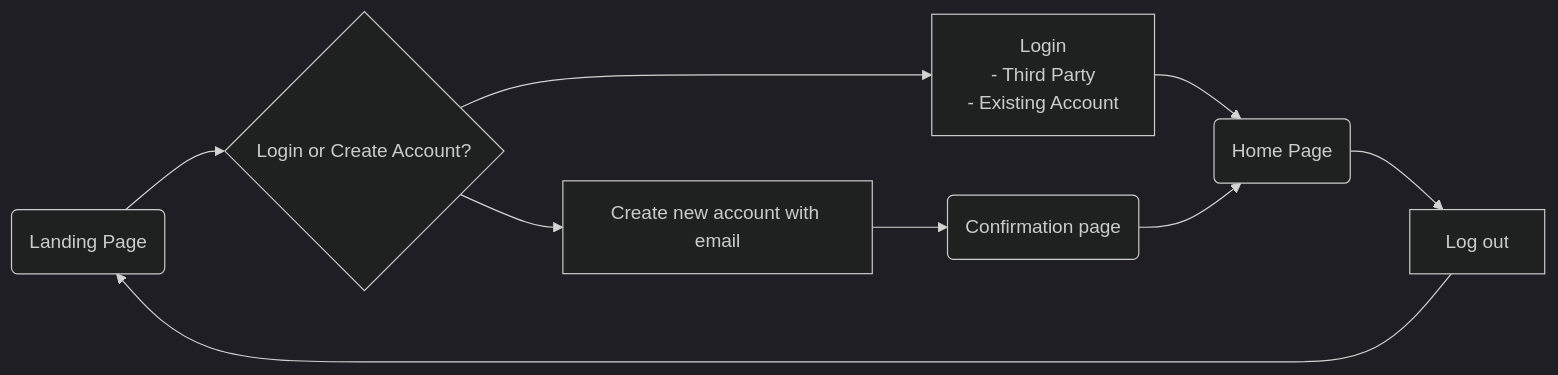
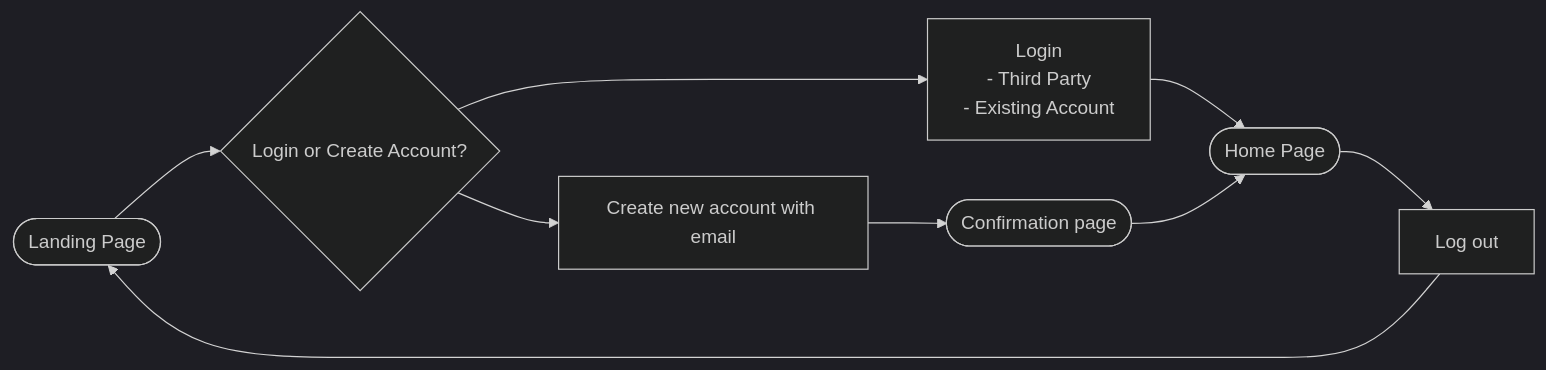
The first of 2 diagrams in README.md (Brandontzhang/daily-tokens), drawn with Mermaid (dark theme) before and after one commit. The commit also changed other lines of this file, not shown here.

Commit message:
Fixing circle shapes for design diagrams

````diff
--- a/README.md
+++ b/README.md
@@ -24,20 +24,20 @@
   ```mermaid
   flowchart LR
-      A(Landing Page)
+      A([Landing Page])
       A2{Login or Create Account?}
       B["Login
       - Third Party
       - Existing Account"]
-      C(Home Page)
+      C([Home Page])
       D[Log out]
       E[Create new account with email]
-      F(Confirmation page)
+      F([Confirmation page])
       A --> A2
       A2 --> B
       B --> C
       C --> D
       A2 --> E
       E --> F
       F --> C
       D --> A
    ```
````
